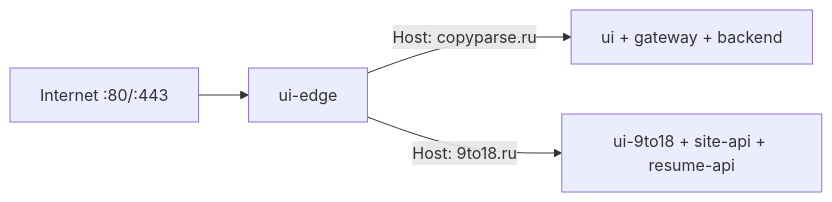
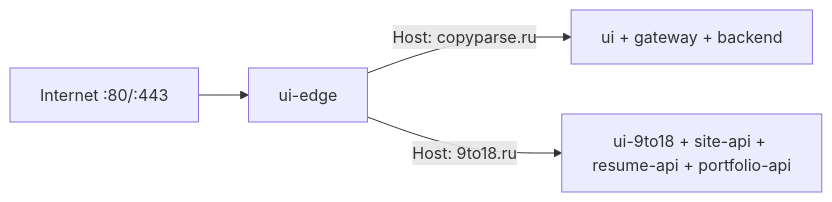
The second of 4 diagrams in docs/ARCHITECTURE.md (AlexanderNY/cursor_test), drawn with Mermaid before and after one commit. The commit also changed other lines of this file and 385 other files, not shown here.

````diff
--- a/docs/ARCHITECTURE.md
+++ b/docs/ARCHITECTURE.md
@@ -69,6 +69,6 @@
 ```mermaid
 flowchart LR
   NET[Internet :80/:443] --> EDGE[ui-edge]
   EDGE -->|Host: copyparse.ru| UI[ui + gateway + backend]
-  EDGE -->|Host: 9to18.ru| NINE[ui-9to18 + site-api + resume-api]
+  EDGE -->|Host: 9to18.ru| NINE[ui-9to18 + site-api + resume-api + portfolio-api]
 ```
````
